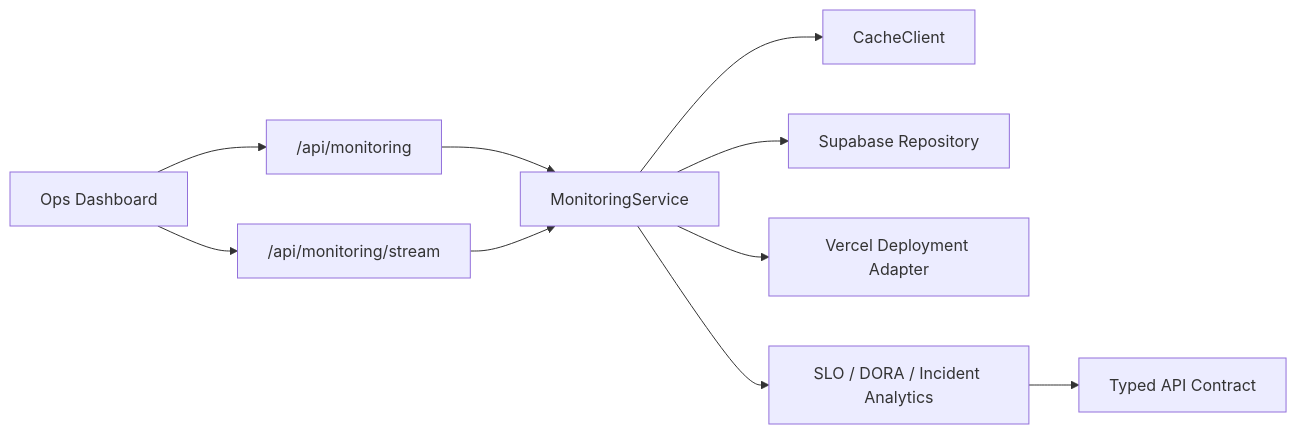
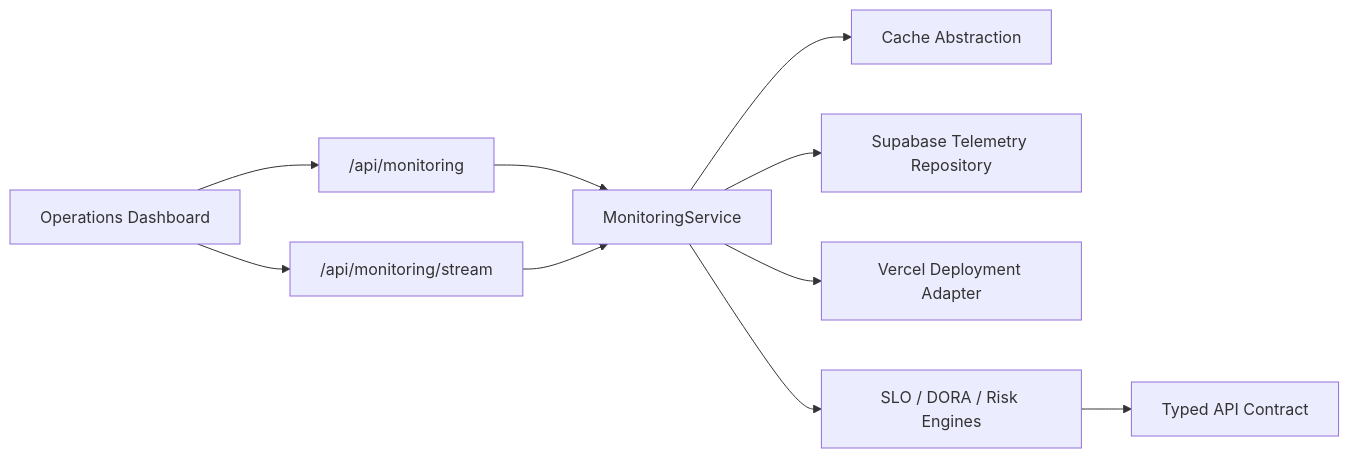
One commit to obone410/Aegis-Monitor changed the first of 3 diagrams in README.md. Above: the diagram before and after it, drawn with Mermaid. The commit also changed other lines of this file and 23 other files, not shown here.

````diff
--- a/README.md
+++ b/README.md
@@ -53,12 +26,12 @@
 ```mermaid
 flowchart LR
-  UI["Ops Dashboard"] --> API["/api/monitoring"]
+  UI["Operations Dashboard"] --> API["/api/monitoring"]
   UI --> SSE["/api/monitoring/stream"]
   API --> Service["MonitoringService"]
   SSE --> Service
-  Service --> Cache["CacheClient"]
-  Service --> Supabase["Supabase Repository"]
+  Service --> Cache["Cache Abstraction"]
+  Service --> Supabase["Supabase Telemetry Repository"]
   Service --> Vercel["Vercel Deployment Adapter"]
-  Service --> Analytics["SLO / DORA / Incident Analytics"]
+  Service --> Analytics["SLO / DORA / Risk Engines"]
   Analytics --> Contract["Typed API Contract"]
 ```
````
